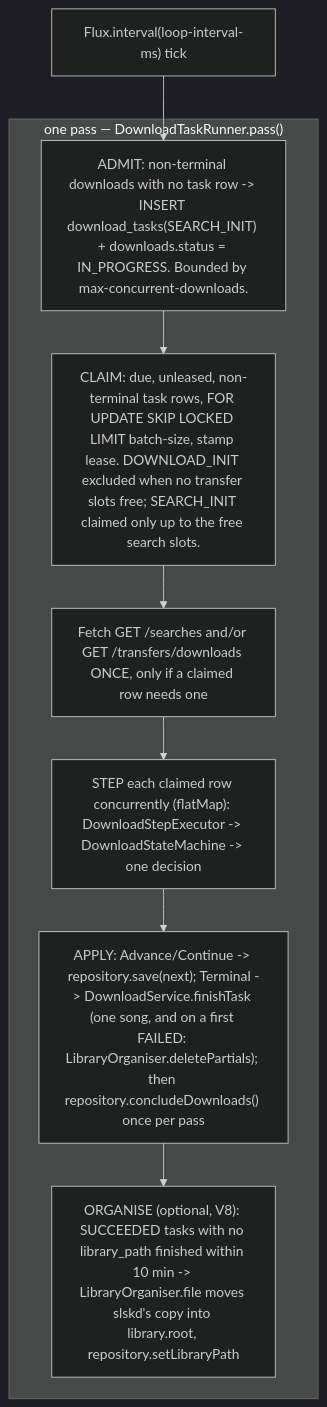
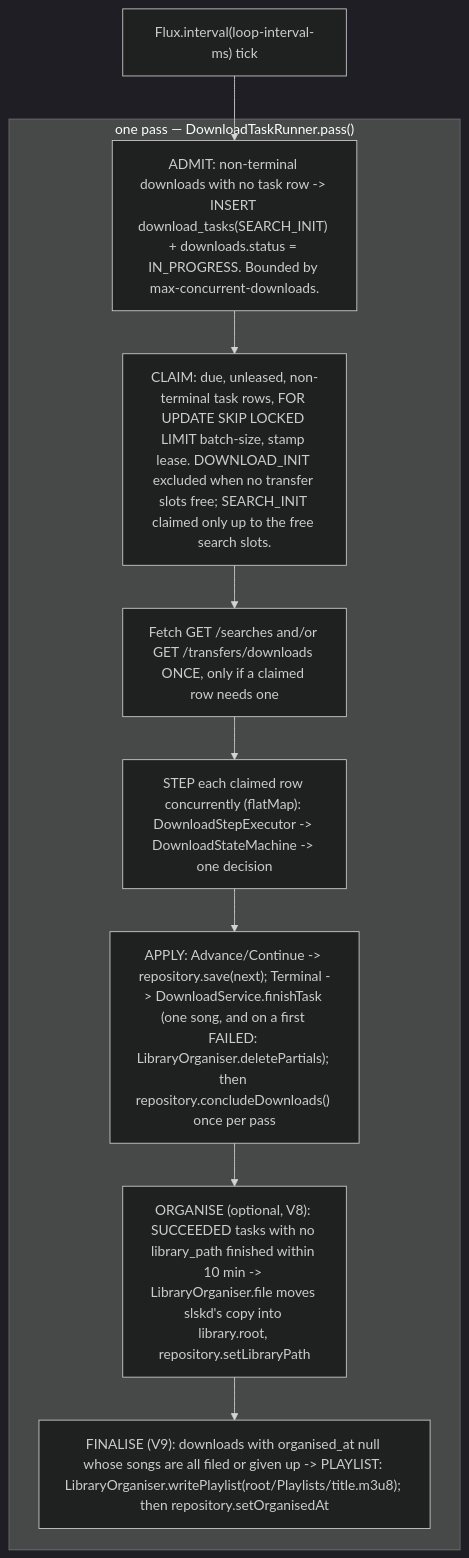
Before and after one commit to catacomb5099/naviseerr: the diagram in docs/architecture/download-manager.md, drawn with Mermaid (dark theme). The commit also changed 9 other files, not shown here.

First line of the commit message:
feat(AI): write a playlist file once every track of a playlist is filed

````diff
--- a/docs/architecture/download-manager.md
+++ b/docs/architecture/download-manager.md
@@ -18,12 +18,13 @@
 ```mermaid
 flowchart TD
     tick["Flux.interval(loop-interval-ms) tick"] --> admit
     subgraph pass ["one pass — DownloadTaskRunner.pass()"]
       admit["ADMIT: non-terminal downloads with no task row -> INSERT download_tasks(SEARCH_INIT) + downloads.status = IN_PROGRESS. Bounded by max-concurrent-downloads."]
       admit --> claim["CLAIM: due, unleased, non-terminal task rows, FOR UPDATE SKIP LOCKED LIMIT batch-size, stamp lease. DOWNLOAD_INIT excluded when no transfer slots free; SEARCH_INIT claimed only up to the free search slots."]
       claim --> fetch["Fetch GET /searches and/or GET /transfers/downloads ONCE, only if a claimed row needs one"]
       fetch --> step["STEP each claimed row concurrently (flatMap): DownloadStepExecutor -> DownloadStateMachine -> one decision"]
       step --> apply["APPLY: Advance/Continue -> repository.save(next); Terminal -> DownloadService.finishTask (one song, and on a first FAILED: LibraryOrganiser.deletePartials); then repository.concludeDownloads() once per pass"]
       apply --> organise["ORGANISE (optional, V8): SUCCEEDED tasks with no library_path finished within 10 min -> LibraryOrganiser.file moves slskd's copy into library.root, repository.setLibraryPath"]
+      organise --> finalise["FINALISE (V9): downloads with organised_at null whose songs are all filed or given up -> PLAYLIST: LibraryOrganiser.writePlaylist(root/Playlists/title.m3u8); then repository.setOrganisedAt"]
     end
 ```
````
